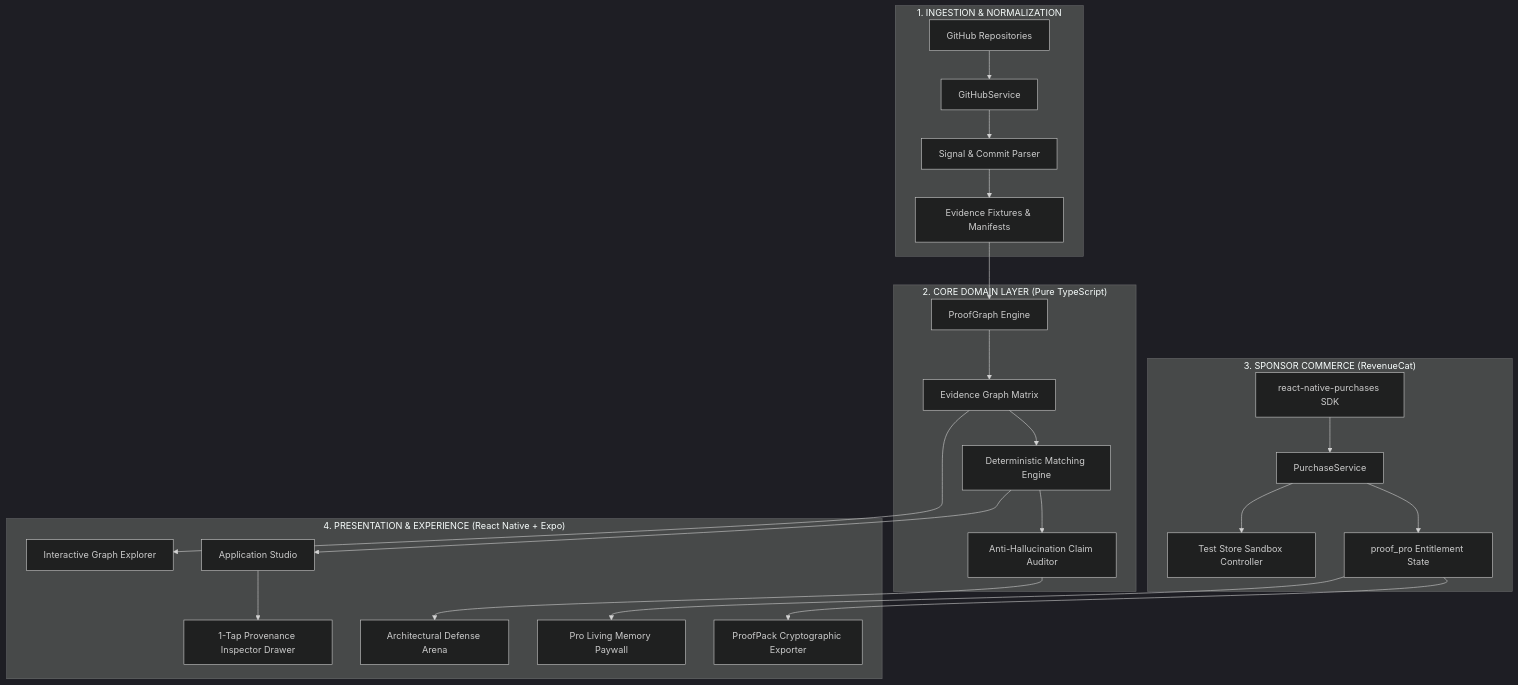
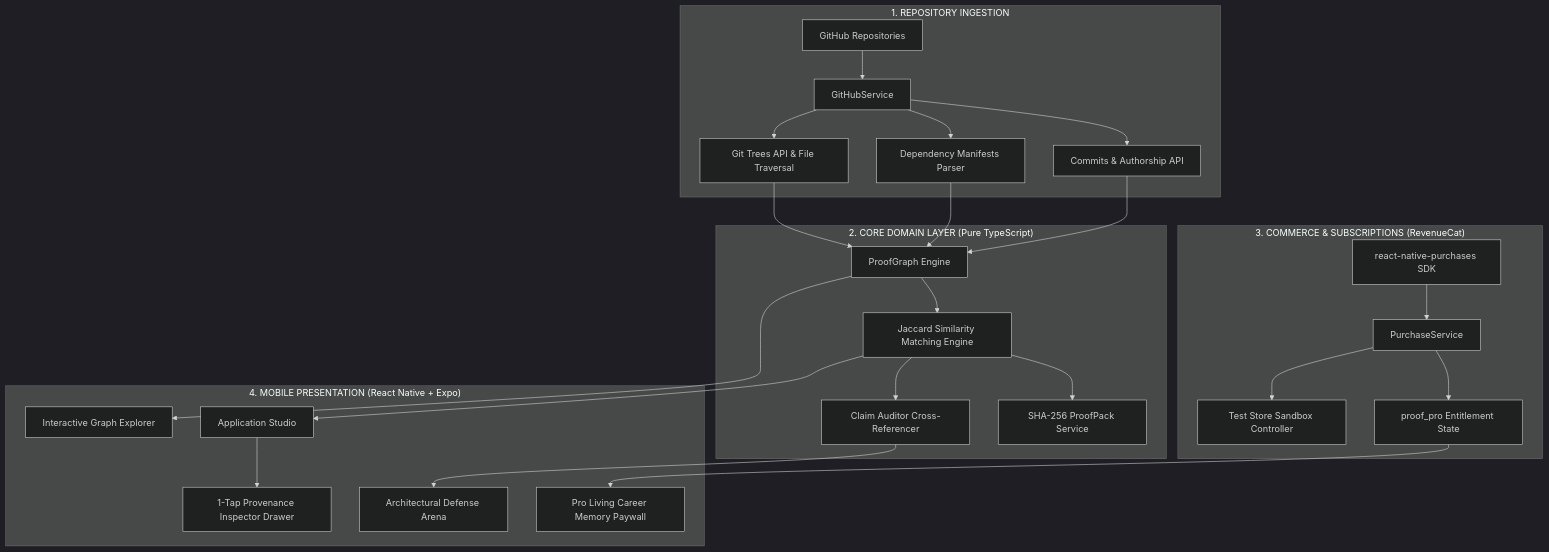
Before and after one commit to nika619/Evident--the-ultimate-help-: the diagram in README.md, drawn with Mermaid (dark theme). The commit also changed other lines of this file, not shown here.

Commit message:
docs: rewrite README with honest architecture, roadmap matrix, and test metrics

````diff
--- a/README.md
+++ b/README.md
@@ -85,30 +85,30 @@
 ```mermaid
 graph TD
-    subgraph INGESTION["1. INGESTION & NORMALIZATION"]
+    subgraph INGESTION["1. REPOSITORY INGESTION"]
         GH[GitHub Repositories] --> GHS[GitHubService]
-        GHS --> AST[Signal & Commit Parser]
-        AST --> FIX[Evidence Fixtures & Manifests]
+        GHS --> TREE[Git Trees API & File Traversal]
+        GHS --> MAN[Dependency Manifests Parser]
+        GHS --> COM[Commits & Authorship API]
     end
 
     subgraph DOMAIN["2. CORE DOMAIN LAYER (Pure TypeScript)"]
-        FIX --> PG[ProofGraph Engine]
-        PG --> EM[Evidence Graph Matrix]
-        EM --> ME[Deterministic Matching Engine]
-        ME --> CA[Anti-Hallucination Claim Auditor]
+        TREE & MAN & COM --> PG[ProofGraph Engine]
+        PG --> ME[Jaccard Similarity Matching Engine]
+        ME --> CA[Claim Auditor Cross-Referencer]
+        ME --> PP[SHA-256 ProofPack Service]
     end
 
-    subgraph MONETIZATION["3. SPONSOR COMMERCE (RevenueCat)"]
+    subgraph MONETIZATION["3. COMMERCE & SUBSCRIPTIONS (RevenueCat)"]
         RC[react-native-purchases SDK] --> PS[PurchaseService]
         PS --> TS[Test Store Sandbox Controller]
         PS --> ENT[proof_pro Entitlement State]
     end
 
-    subgraph PRESENTATION["4. PRESENTATION & EXPERIENCE (React Native + Expo)"]
-        EM --> IGE[Interactive Graph Explorer]
+    subgraph PRESENTATION["4. MOBILE PRESENTATION (React Native + Expo)"]
+        PG --> IGE[Interactive Graph Explorer]
         ME --> AS[Application Studio]
         AS --> EIM[1-Tap Provenance Inspector Drawer]
         CA --> ADA[Architectural Defense Arena]
-        ENT --> PW[Pro Living Memory Paywall]
-        ENT --> PP[ProofPack Cryptographic Exporter]
+        ENT --> PW[Pro Living Career Memory Paywall]
     end
 ```
````
